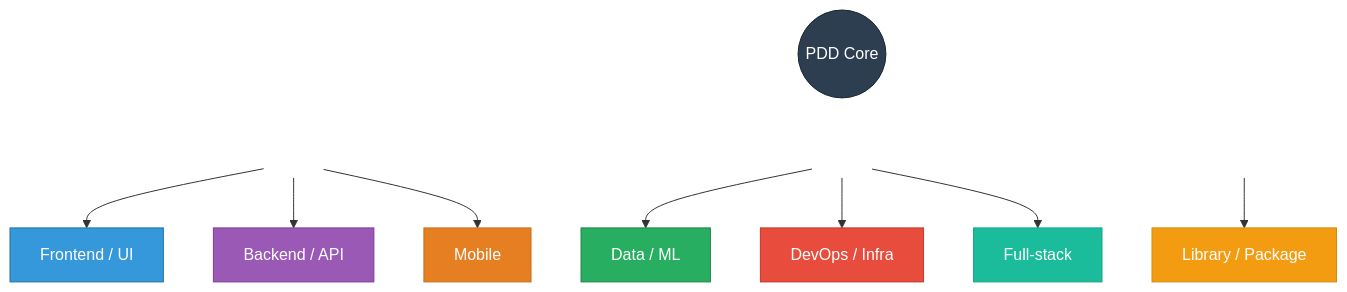
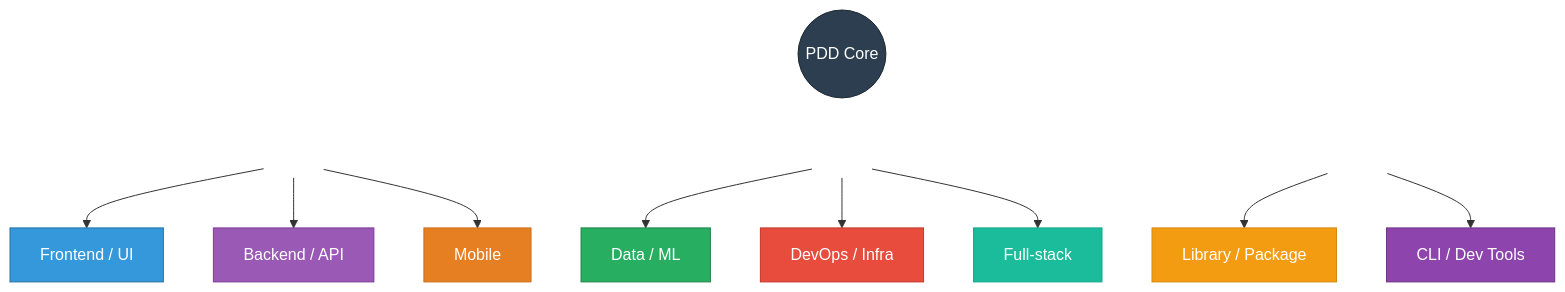
The third of 5 diagrams in docs/philosophy.md (harshal2802/pdd-skill), drawn with Mermaid before and after one commit. The commit also changed other lines of this file and 5 other files, not shown here.

First line of the commit message:
Add CLI / Developer Tools project type flavor

````diff
--- a/docs/philosophy.md
+++ b/docs/philosophy.md
@@ -113,32 +113,34 @@
 ```mermaid
 graph TD
     PDD((PDD Core))
 
     PDD --> row1[ ] & row2[ ] & row3[ ]
 
     row1 --> FE["Frontend / UI"]
     row1 --> BE["Backend / API"]
     row1 --> MO["Mobile"]
 
     row2 --> DA["Data / ML"]
     row2 --> DO["DevOps / Infra"]
     row2 --> FS["Full-stack"]
 
     row3 --> LB["Library / Package"]
+    row3 --> CL["CLI / Dev Tools"]
 
     style row1 fill:none,stroke:none
     style row2 fill:none,stroke:none
     style row3 fill:none,stroke:none
     style PDD fill:#2c3e50,stroke:#1a252f,color:#fff
     style FE fill:#3498db,stroke:#2471a3,color:#fff
     style BE fill:#9b59b6,stroke:#7d3c98,color:#fff
     style MO fill:#e67e22,stroke:#ca6f1e,color:#fff
     style DA fill:#27ae60,stroke:#1e8449,color:#fff
     style DO fill:#e74c3c,stroke:#c0392b,color:#fff
     style FS fill:#1abc9c,stroke:#17a589,color:#fff
     style LB fill:#f39c12,stroke:#d68910,color:#fff
+    style CL fill:#8e44ad,stroke:#6c3483,color:#fff
 
     linkStyle 0 stroke:none
     linkStyle 1 stroke:none
     linkStyle 2 stroke:none
 ```
````
